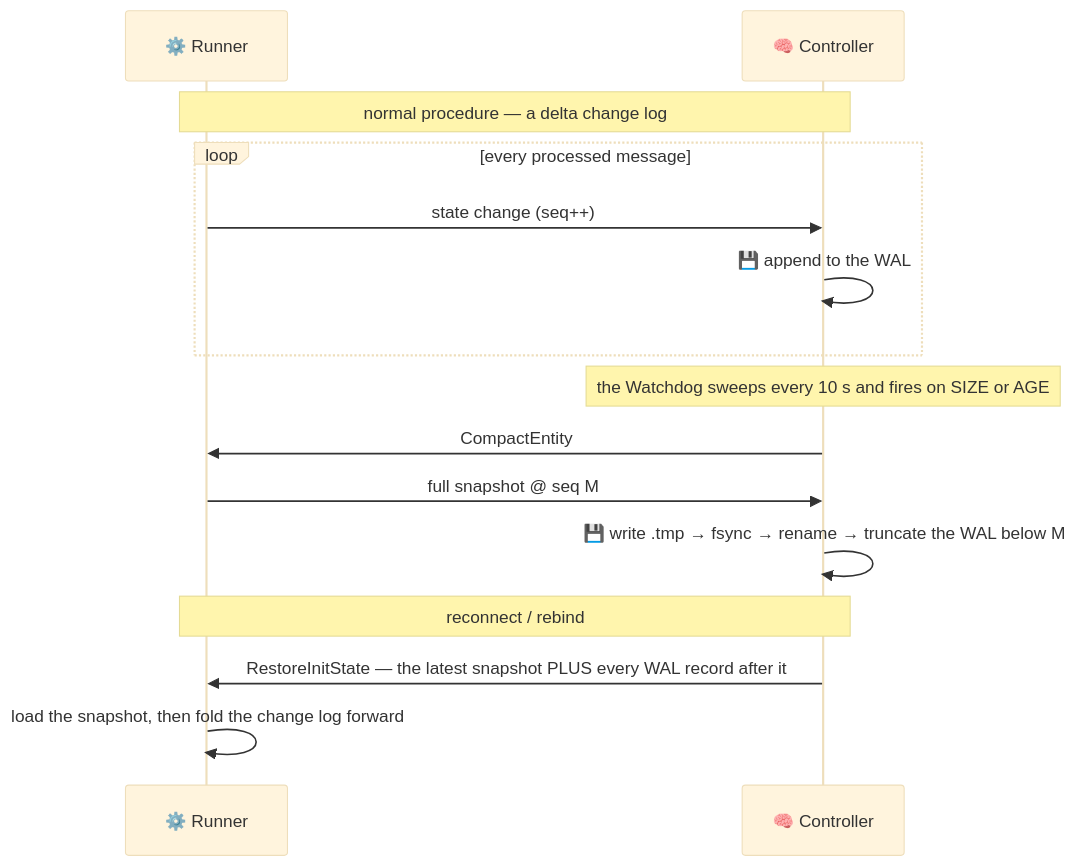
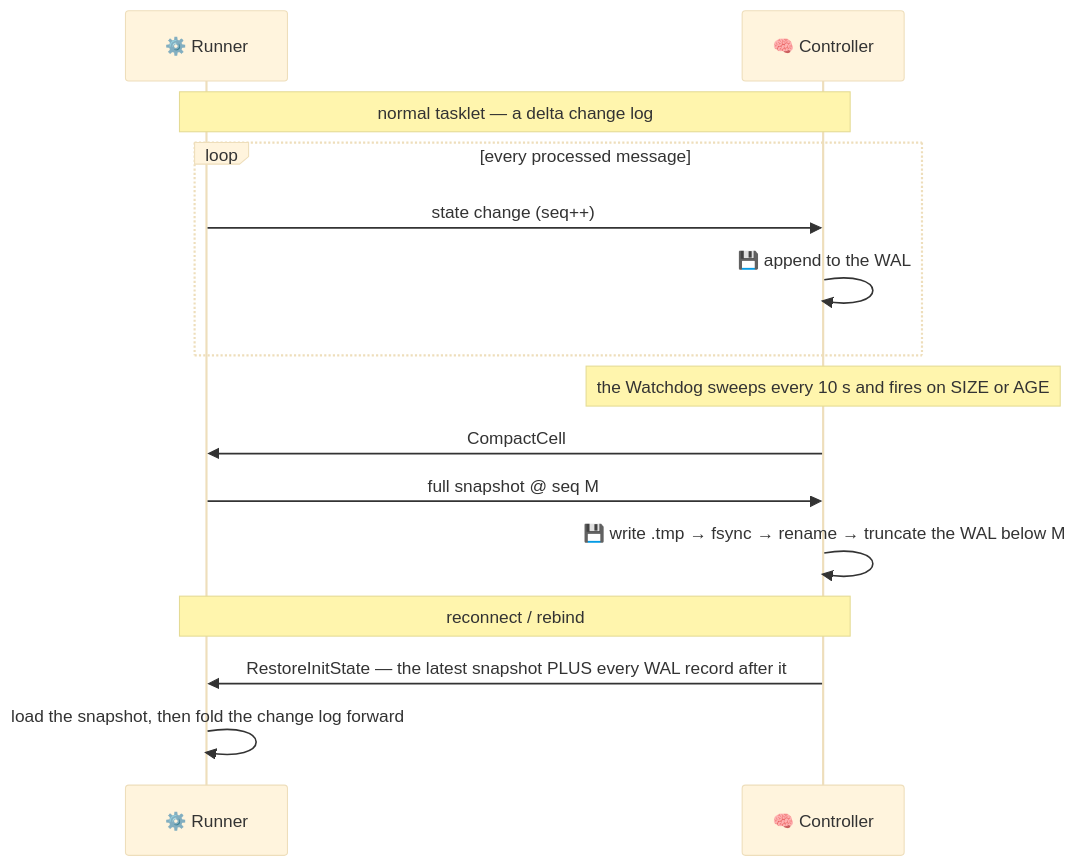
The fourth of 17 diagrams in docs/architecture/kernel.md (Flezha/flezha), drawn with Mermaid (base theme) before and after one commit. The commit also changed other lines of this file and 604 other files, not shown here.

First line of the commit message:
Rename Procedure to Tasklet and Entity to Cell

````diff
--- a/docs/architecture/kernel.md
+++ b/docs/architecture/kernel.md
@@ -201,20 +201,20 @@
 ```mermaid
 sequenceDiagram
     participant EX as ⚙️ Runner
     participant CTRL as 🧠 Controller
 
-    Note over EX,CTRL: normal procedure — a delta change log
+    Note over EX,CTRL: normal tasklet — a delta change log
     loop every processed message
         EX->>CTRL: state change (seq++)
         CTRL->>CTRL: 💾 append to the WAL
     end
 
     Note over CTRL: the Watchdog sweeps every 10 s and fires on SIZE or AGE
-    CTRL->>EX: CompactEntity
+    CTRL->>EX: CompactCell
     EX->>CTRL: full snapshot @ seq M
     CTRL->>CTRL: 💾 write .tmp → fsync → rename → truncate the WAL below M
 
     Note over EX,CTRL: reconnect / rebind
     CTRL->>EX: RestoreInitState — the latest snapshot PLUS every WAL record after it
     EX->>EX: load the snapshot, then fold the change log forward
 ```
````
